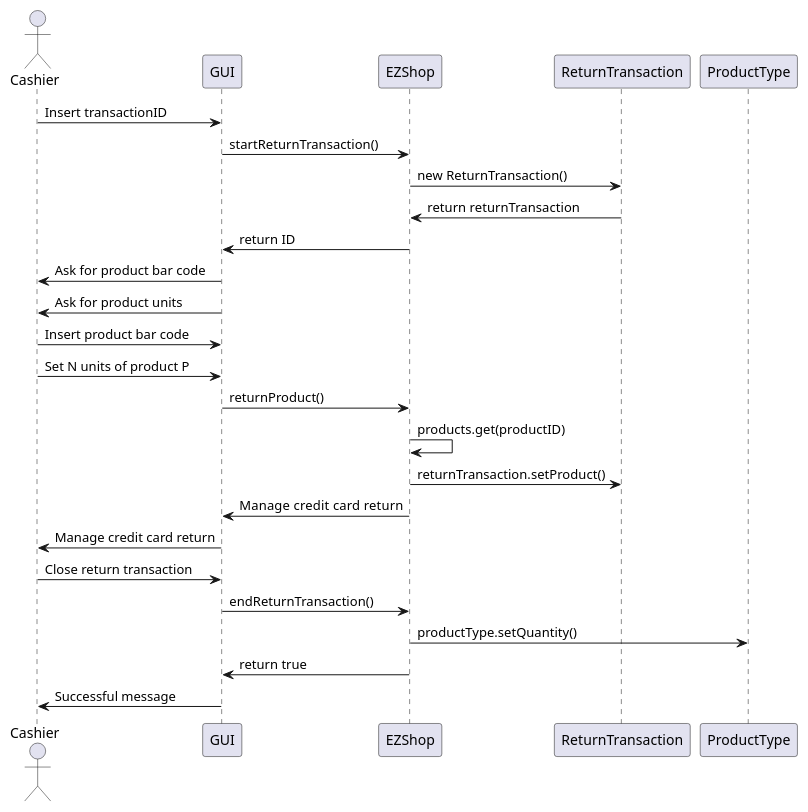
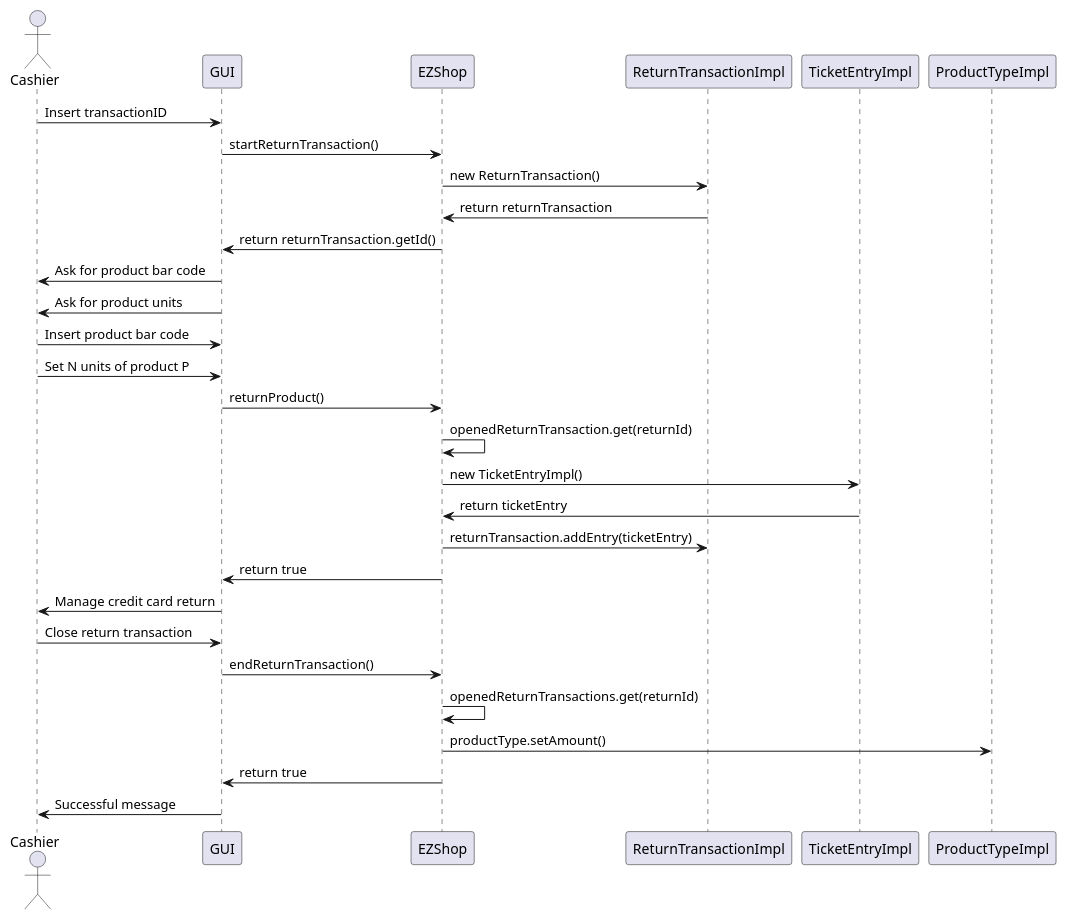
Before and after one commit to ThePiromaximus/ezshop: diagram 17 of 19 in Deliverables/DesignDocument.md, drawn with PlantUML. The commit also changed other lines of this file, not shown here.

````diff
--- a/Deliverables/DesignDocument.md
+++ b/Deliverables/DesignDocument.md
@@ -529,24 +529,27 @@
 ```plantuml
 @startuml
 actor Cashier
 Cashier -> GUI : Insert transactionID
 GUI -> EZShop : startReturnTransaction()
-EZShop -> ReturnTransaction : new ReturnTransaction()
-ReturnTransaction -> EZShop : return returnTransaction
-EZShop -> GUI : return ID
+EZShop -> ReturnTransactionImpl : new ReturnTransaction()
+ReturnTransactionImpl -> EZShop : return returnTransaction
+EZShop -> GUI : return returnTransaction.getId()
 GUI -> Cashier : Ask for product bar code
 GUI -> Cashier : Ask for product units
 Cashier -> GUI : Insert product bar code
 Cashier -> GUI : Set N units of product P
 GUI -> EZShop : returnProduct()
-EZShop -> EZShop : products.get(productID)
-EZShop -> ReturnTransaction : returnTransaction.setProduct()
-EZShop -> GUI : Manage  credit card return
+EZShop -> EZShop : openedReturnTransaction.get(returnId)
+EZShop -> TicketEntryImpl : new TicketEntryImpl()
+TicketEntryImpl -> EZShop : return ticketEntry
+EZShop -> ReturnTransactionImpl : returnTransaction.addEntry(ticketEntry)
+EZShop -> GUI : return true
 GUI -> Cashier : Manage credit card return
 Cashier -> GUI : Close return transaction
 GUI -> EZShop : endReturnTransaction()
-EZShop -> ProductType : productType.setQuantity()
+EZShop -> EZShop : openedReturnTransactions.get(returnId)
+EZShop -> ProductTypeImpl : productType.setAmount()
 EZShop -> GUI : return true
 GUI -> Cashier : Successful message
 @enduml
 ```
````
